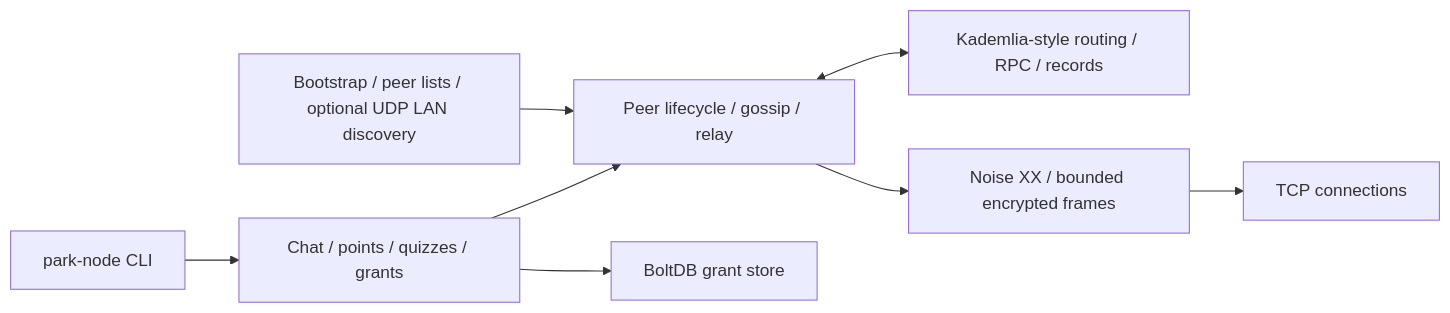
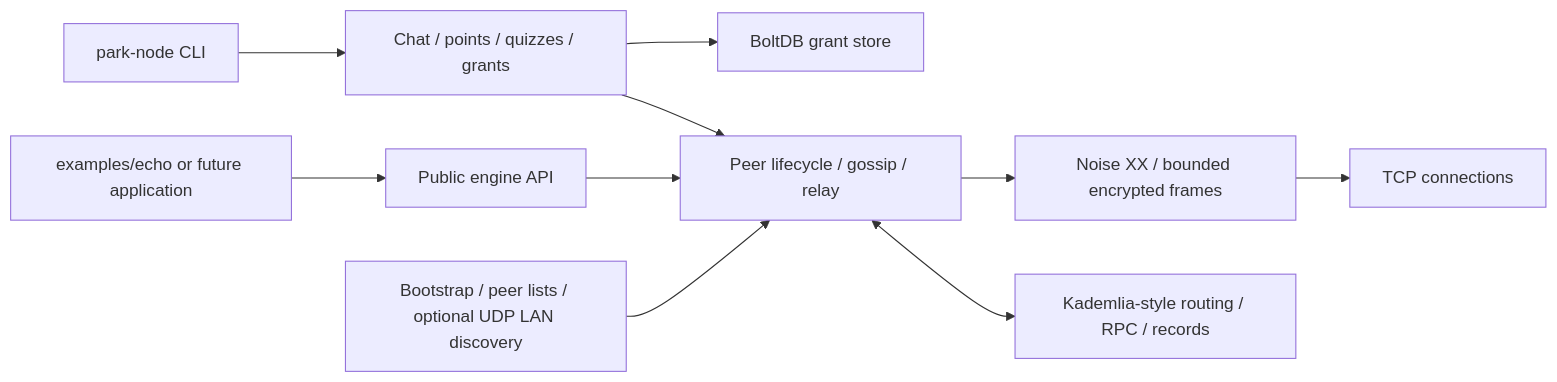
Before and after one commit to TylerPetri/p2p-networking-project: the first of 2 diagrams in README.md, drawn with Mermaid. The commit also changed other lines of this file and 45 other files, not shown here.

Commit message:
Extract experimental networking engine with identities, admission and lifecycle API

````diff
--- a/README.md
+++ b/README.md
@@ -22,10 +50,12 @@
 ```mermaid
 flowchart LR
+    Example[examples/echo or future application] --> Engine[Public engine API]
+    Engine --> P2P
     CLI[park-node CLI] --> Apps[Chat / points / quizzes / grants]
     Apps --> P2P[Peer lifecycle / gossip / relay]
     Discovery[Bootstrap / peer lists / optional UDP LAN discovery] --> P2P
     P2P <--> DHT[Kademlia-style routing / RPC / records]
     P2P --> Noise[Noise XX / bounded encrypted frames]
     Noise --> TCP[TCP connections]
     Apps --> Bolt[BoltDB grant store]
 ```
````
